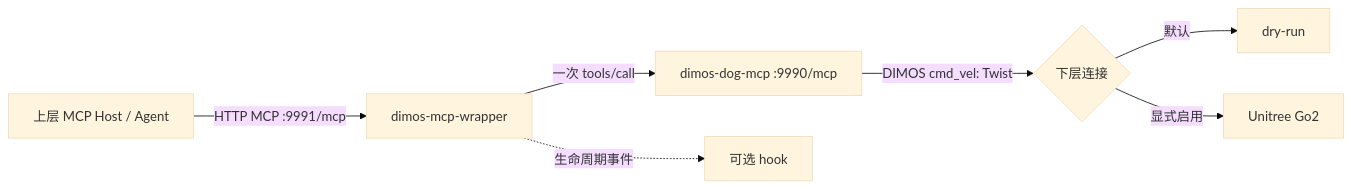
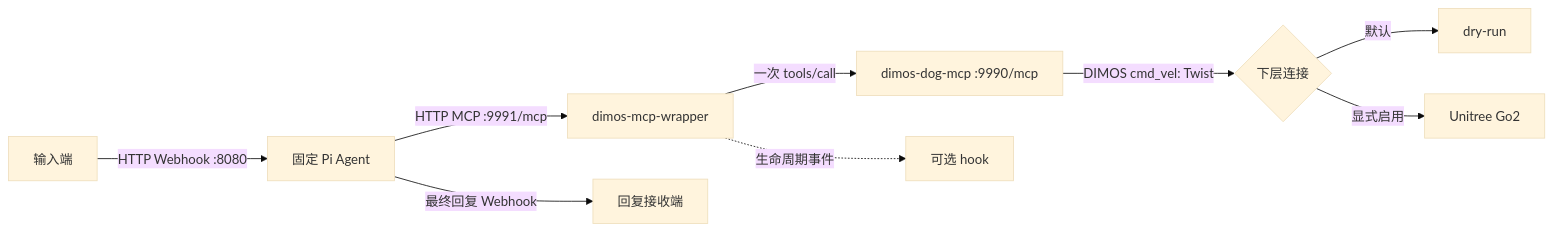
One commit to human-chocker-and-robot-dog/agent changed the diagram in USAGE.md. Above: the diagram before and after it, drawn with Mermaid (base theme). The commit also changed other lines of this file and 33 other files, not shown here.

First line of the commit message:
Add persistent webhook gateway for Agent input and replies

```diff
--- a/USAGE.md
+++ b/USAGE.md
@@ -9,9 +11,11 @@
 ~~~mermaid
 flowchart LR
-    H["上层 MCP Host / Agent"] -->|HTTP MCP :9991/mcp| W["dimos-mcp-wrapper"]
+    I["输入端"] -->|HTTP Webhook :8080| A["固定 Pi Agent"]
+    A -->|HTTP MCP :9991/mcp| W["dimos-mcp-wrapper"]
     W -->|一次 tools/call| D["dimos-dog-mcp :9990/mcp"]
     D -->|DIMOS cmd_vel: Twist| C{"下层连接"}
     C -->|默认| R["dry-run"]
     C -->|显式启用| G["Unitree Go2"]
     W -. 生命周期事件 .-> K["可选 hook"]
+    A -->|最终回复 Webhook| O["回复接收端"]
 ~~~
```
